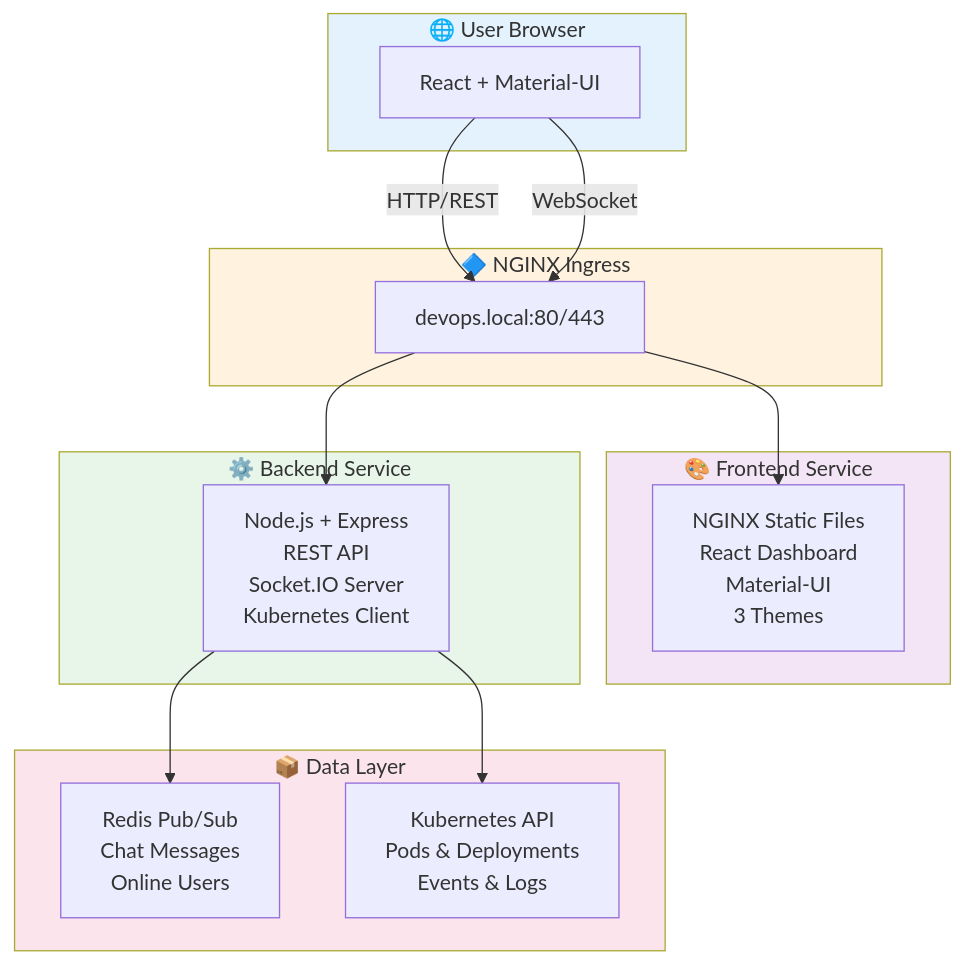
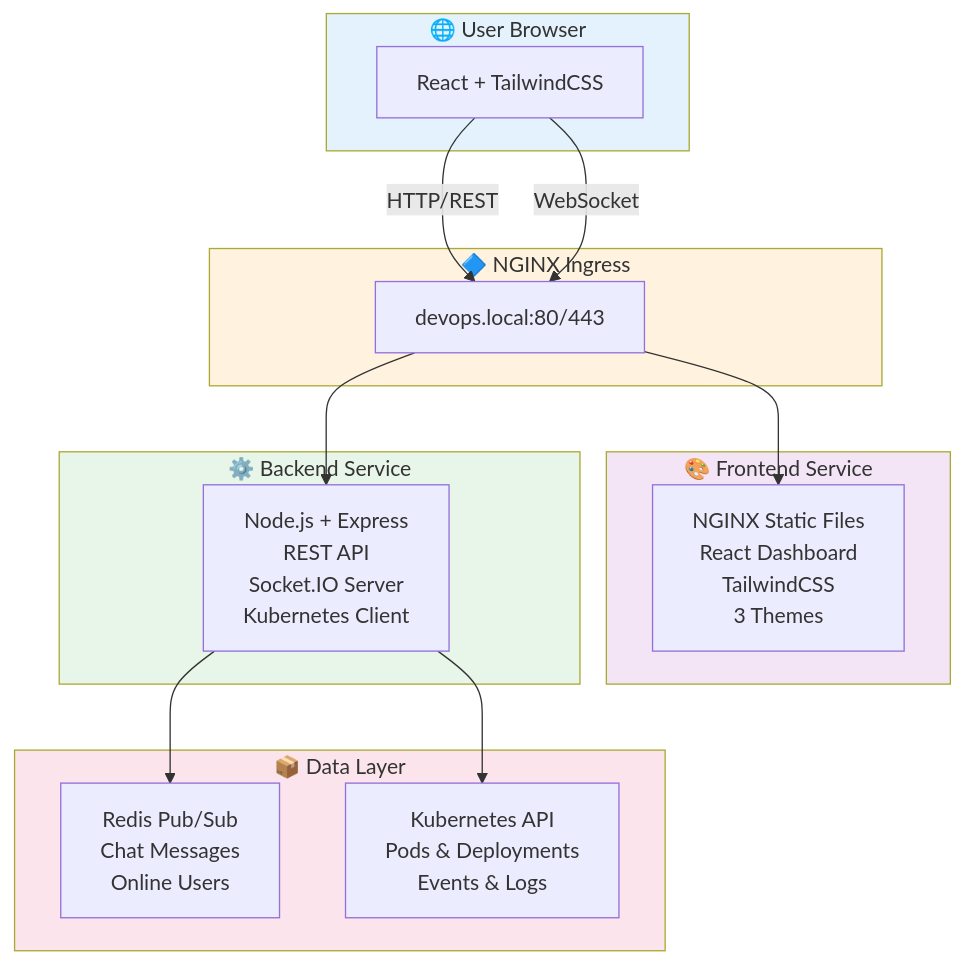
Before and after one commit to Sandarsh18/KubePulse-Real-Time-Kubernetes-Management-Dashboard: the first of 5 diagrams in README.md, drawn with Mermaid. The commit also changed other lines of this file and 30 other files, not shown here.

````diff
--- a/README.md
+++ b/README.md
@@ -19,36 +19,36 @@
 ```mermaid
 graph TB
     subgraph Browser["🌐 User Browser"]
-        A[React + Material-UI]
+        A[React + TailwindCSS]
     end
     
     subgraph Ingress["🔷 NGINX Ingress"]
         B[devops.local:80/443]
     end
     
     subgraph Frontend["🎨 Frontend Service"]
-        C[NGINX Static Files<br/>React Dashboard<br/>Material-UI<br/>3 Themes]
+        C[NGINX Static Files<br/>React Dashboard<br/>TailwindCSS<br/>3 Themes]
     end
     
     subgraph Backend["⚙️ Backend Service"]
         D[Node.js + Express<br/>REST API<br/>Socket.IO Server<br/>Kubernetes Client]
     end
     
     subgraph Storage["📦 Data Layer"]
         E[Redis Pub/Sub<br/>Chat Messages<br/>Online Users]
         F[Kubernetes API<br/>Pods & Deployments<br/>Events & Logs]
     end
     
     A -->|HTTP/REST| B
     A -->|WebSocket| B
     B --> C
     B --> D
     D --> E
     D --> F
     
     style Browser fill:#e3f2fd
     style Ingress fill:#fff3e0
     style Frontend fill:#f3e5f5
     style Backend fill:#e8f5e9
     style Storage fill:#fce4ec
 ```
````
